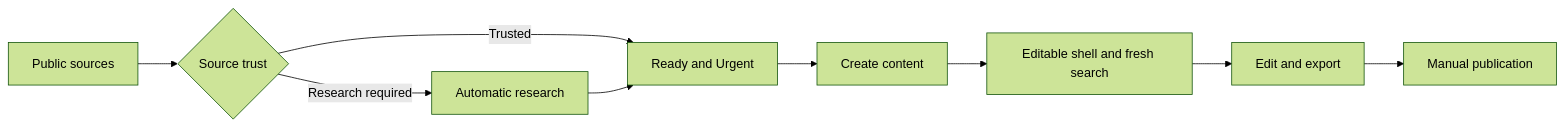
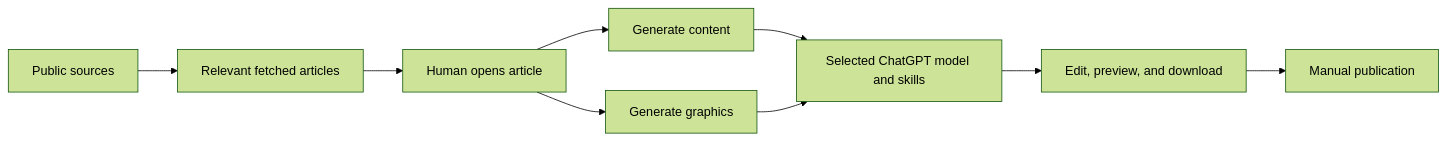
One commit to SyedShad/news-wire changed the diagram in README.md. Above: the diagram before and after it, drawn with Mermaid (forest theme). The commit also changed other lines of this file and 98 other files, not shown here.

````diff
--- a/README.md
+++ b/README.md
@@ -30,11 +32,11 @@
 ```mermaid
 flowchart LR
-    A["Public sources"] --> B{"Source trust"}
-    B -->|Trusted| C["Ready and Urgent"]
-    B -->|Research required| D["Automatic research"]
-    D --> C
-    C --> E["Create content"]
-    E --> F["Editable shell and fresh search"]
-    F --> G["Edit and export"]
+    A["Public sources"] --> B["Relevant fetched articles"]
+    B --> C["Human opens article"]
+    C --> D["Generate content"]
+    C --> E["Generate graphics"]
+    D --> F["Selected ChatGPT model and skills"]
+    E --> F
+    F --> G["Edit, preview, and download"]
     G --> H["Manual publication"]
 ```
````
